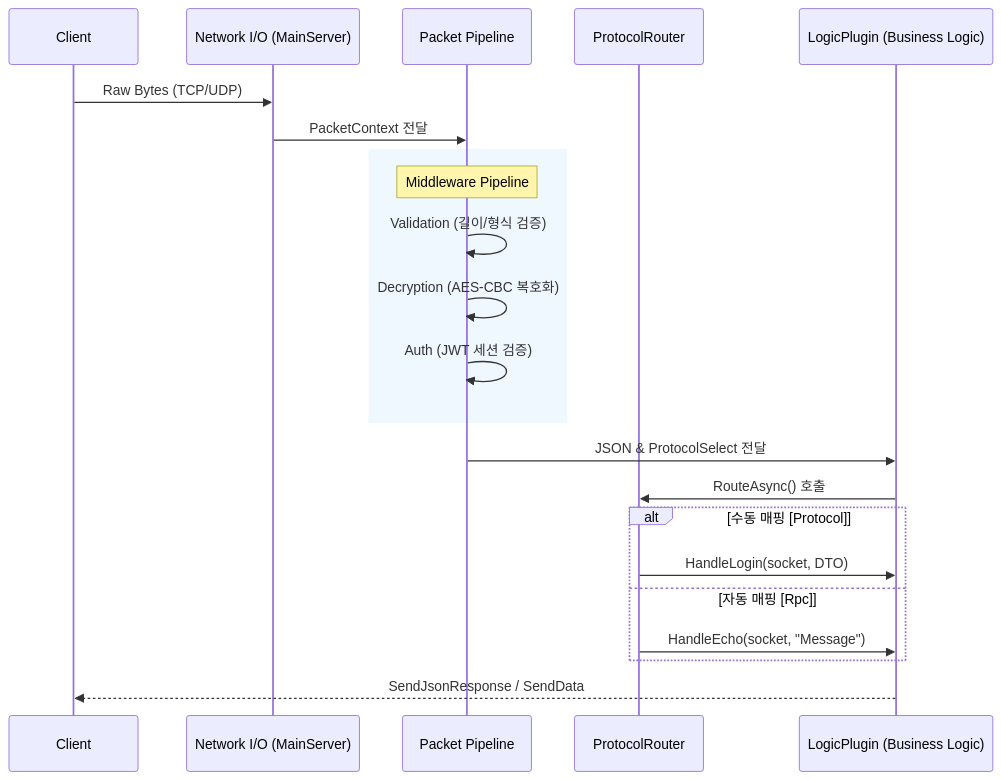
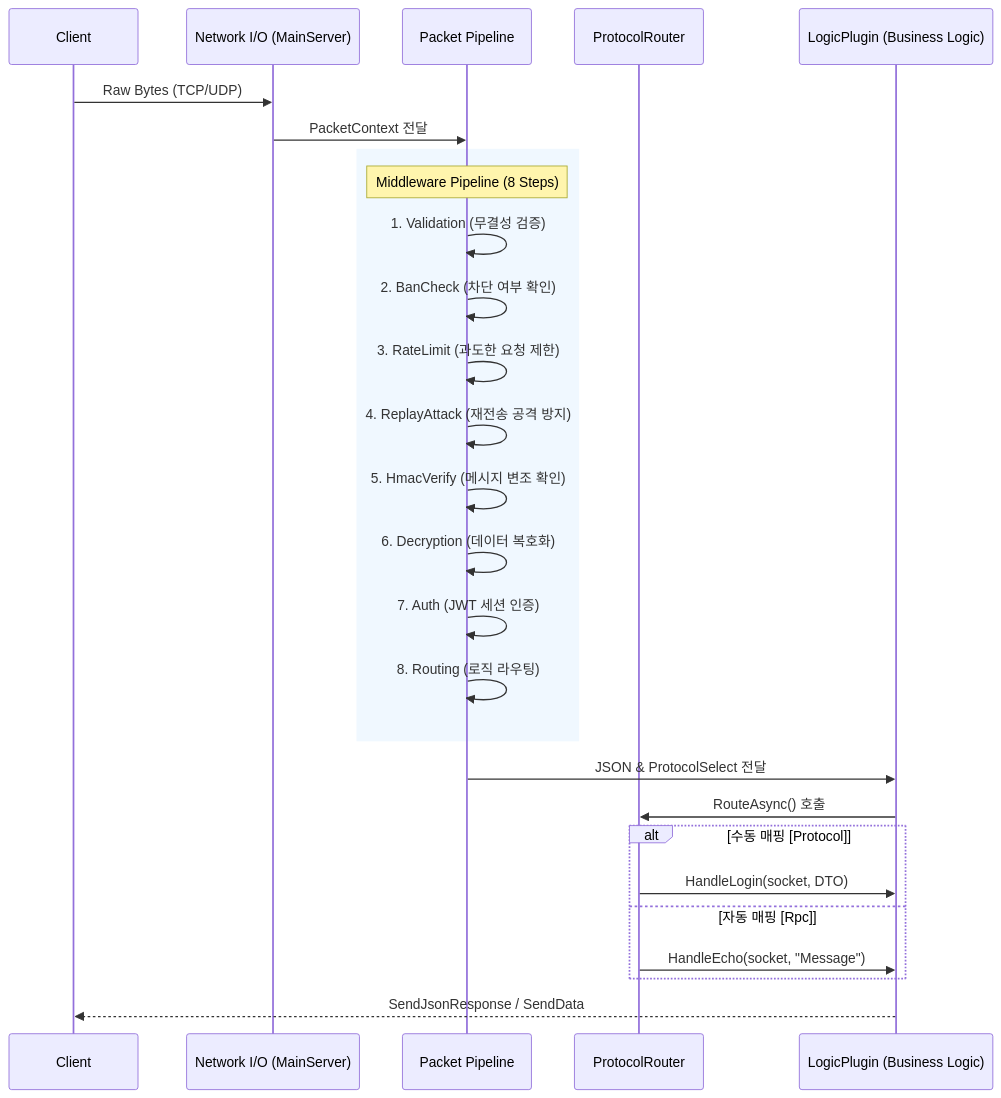
Before and after one commit to Terkiss/ATS_Main_Logic: the diagram in Documents/Technical/Architecture.md, drawn with Mermaid. The commit also changed other lines of this file and 30 other files, not shown here.

````diff
--- a/Documents/Technical/Architecture.md
+++ b/Documents/Technical/Architecture.md
@@ -24,29 +24,34 @@
 ```mermaid
 sequenceDiagram
     participant Client
     participant MainServer as Network I/O (MainServer)
     participant Pipeline as Packet Pipeline
     participant Router as ProtocolRouter
     participant Logic as LogicPlugin (Business Logic)
 
     Client->>MainServer: Raw Bytes (TCP/UDP)
     MainServer->>Pipeline: PacketContext 전달
     
     rect rgb(240, 248, 255)
-        Note over Pipeline: Middleware Pipeline
-        Pipeline->>Pipeline: Validation (길이/형식 검증)
-        Pipeline->>Pipeline: Decryption (AES-CBC 복호화)
-        Pipeline->>Pipeline: Auth (JWT 세션 검증)
+        Note over Pipeline: Middleware Pipeline (8 Steps)
+        Pipeline->>Pipeline: 1. Validation (무결성 검증)
+        Pipeline->>Pipeline: 2. BanCheck (차단 여부 확인)
+        Pipeline->>Pipeline: 3. RateLimit (과도한 요청 제한)
+        Pipeline->>Pipeline: 4. ReplayAttack (재전송 공격 방지)
+        Pipeline->>Pipeline: 5. HmacVerify (메시지 변조 확인)
+        Pipeline->>Pipeline: 6. Decryption (데이터 복호화)
+        Pipeline->>Pipeline: 7. Auth (JWT 세션 인증)
+        Pipeline->>Pipeline: 8. Routing (로직 라우팅)
     end
     
     Pipeline->>Logic: JSON & ProtocolSelect 전달
     Logic->>Router: RouteAsync() 호출
     
     alt 수동 매핑 [Protocol]
         Router->>Logic: HandleLogin(socket, DTO)
     else 자동 매핑 [Rpc]
         Router->>Logic: HandleEcho(socket, "Message")
     end
     
     Logic-->>Client: SendJsonResponse / SendData
 ```
````
